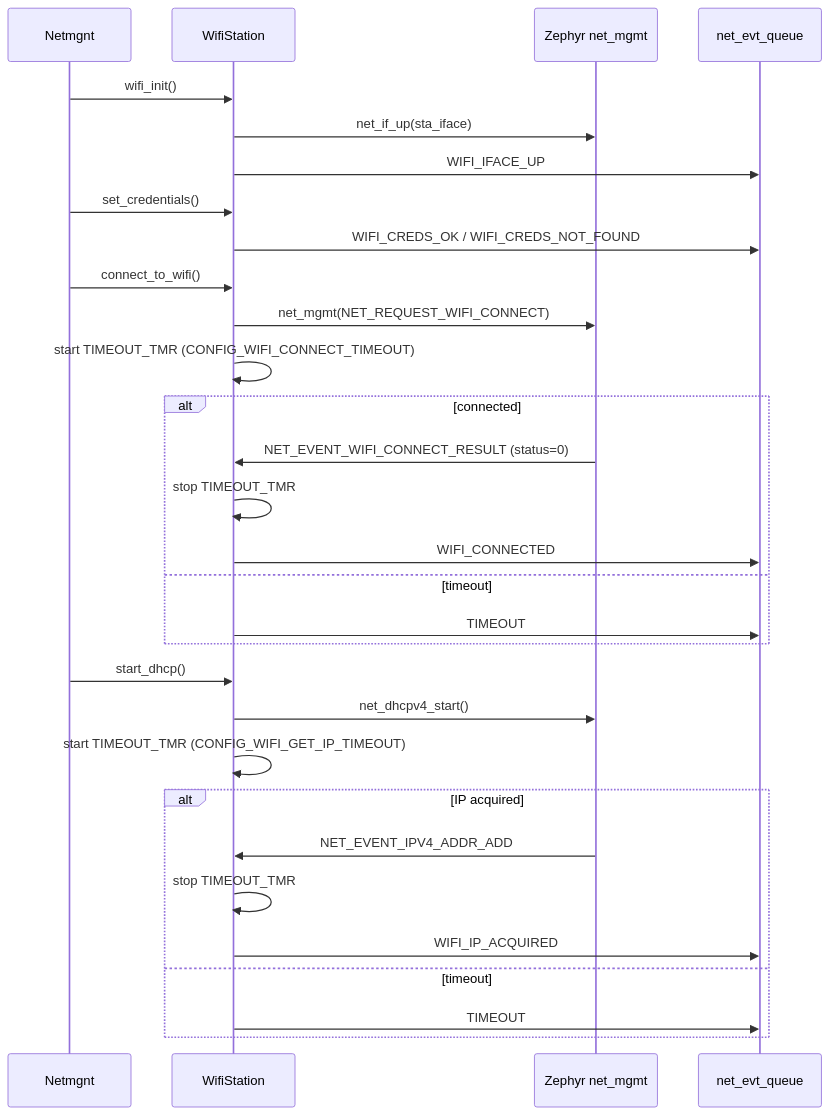
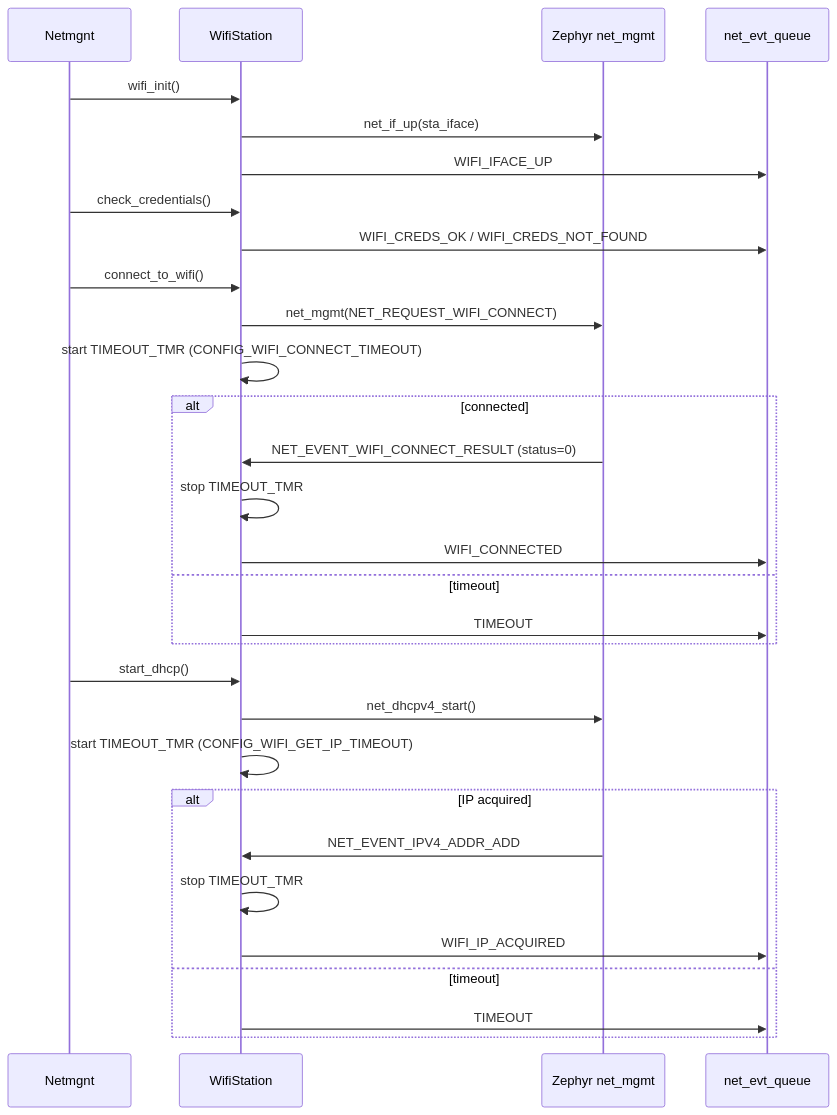
Before and after one commit to EliasFIlho/Automatic_pet_feeder: the first of 2 diagrams in src/network/wifi/README.md, drawn with Mermaid. The commit also changed 36 other files, not shown here.

````diff
--- a/src/network/wifi/README.md
+++ b/src/network/wifi/README.md
@@ -32,38 +32,38 @@
 ```mermaid
 sequenceDiagram
     participant NM as Netmgnt
     participant WS as WifiStation
     participant DRV as Zephyr net_mgmt
     participant Q as net_evt_queue
 
     NM->>WS: wifi_init()
     WS->>DRV: net_if_up(sta_iface)
     WS->>Q: WIFI_IFACE_UP
 
-    NM->>WS: set_credentials()
+    NM->>WS: check_credentials()
     WS->>Q: WIFI_CREDS_OK / WIFI_CREDS_NOT_FOUND
 
     NM->>WS: connect_to_wifi()
     WS->>DRV: net_mgmt(NET_REQUEST_WIFI_CONNECT)
     WS->>WS: start TIMEOUT_TMR (CONFIG_WIFI_CONNECT_TIMEOUT)
 
     alt connected
         DRV->>WS: NET_EVENT_WIFI_CONNECT_RESULT (status=0)
         WS->>WS: stop TIMEOUT_TMR
         WS->>Q: WIFI_CONNECTED
     else timeout
         WS->>Q: TIMEOUT
     end
 
     NM->>WS: start_dhcp()
     WS->>DRV: net_dhcpv4_start()
     WS->>WS: start TIMEOUT_TMR (CONFIG_WIFI_GET_IP_TIMEOUT)
 
     alt IP acquired
         DRV->>WS: NET_EVENT_IPV4_ADDR_ADD
         WS->>WS: stop TIMEOUT_TMR
         WS->>Q: WIFI_IP_ACQUIRED
     else timeout
         WS->>Q: TIMEOUT
     end
 ```
````
